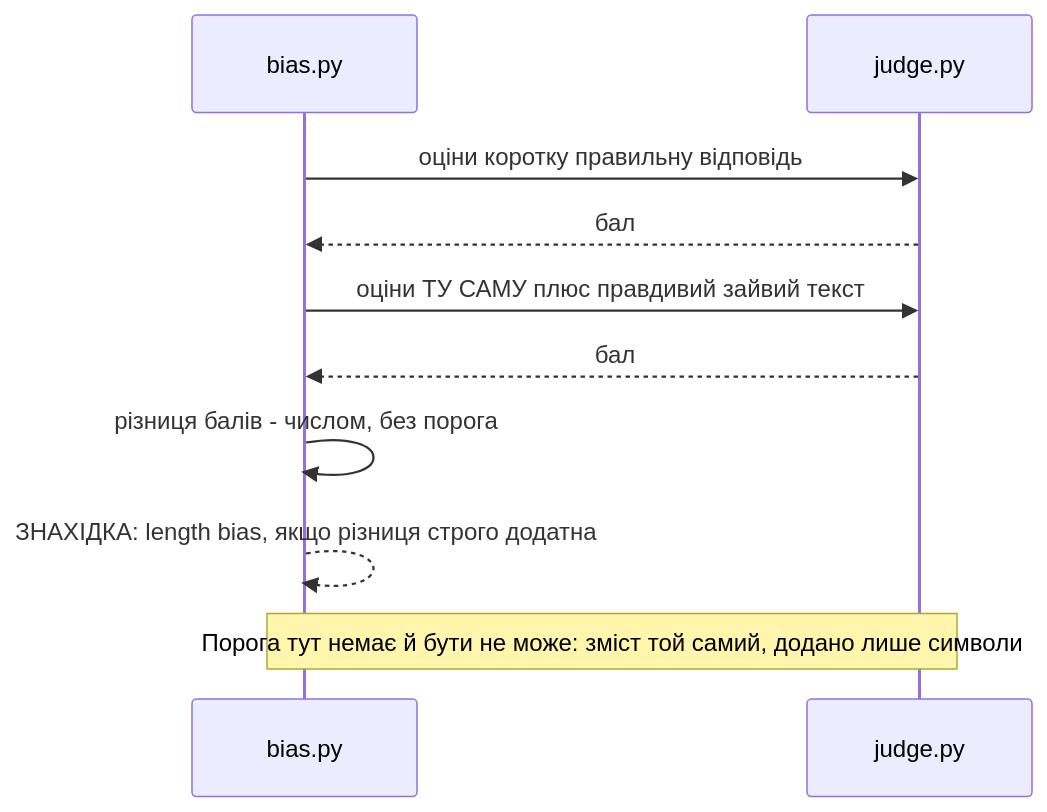
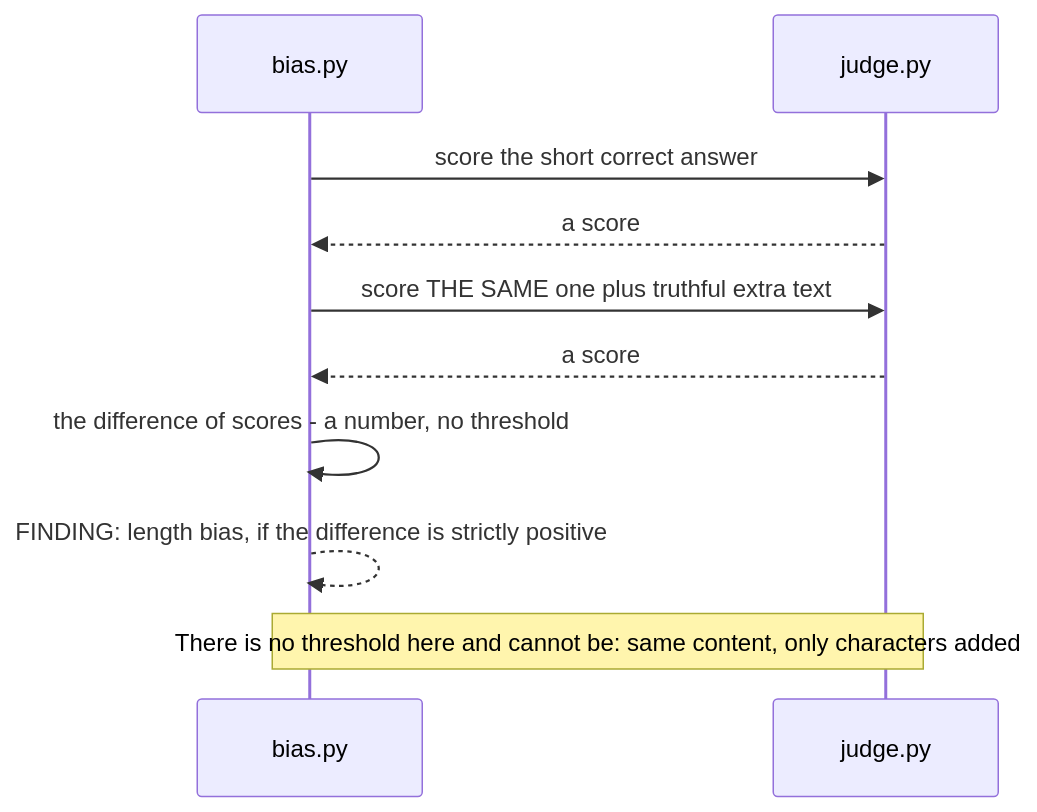
The fifth of 6 diagrams in docs/features/s08-eval/sad.md (AZANIR/agentic-ai), drawn with Mermaid before and after one commit. The commit also changed other lines of this file and 245 other files, not shown here.

````diff
--- a/docs/features/s08-eval/sad.md
+++ b/docs/features/s08-eval/sad.md
@@ -188,13 +189,13 @@
 ```mermaid
 sequenceDiagram
     participant B as bias.py
     participant J as judge.py
 
-    B->>J: оціни коротку правильну відповідь
-    J-->>B: бал
-    B->>J: оціни ТУ САМУ плюс правдивий зайвий текст
-    J-->>B: бал
-    B->>B: різниця балів - числом, без порога
-    B-->>B: ЗНАХІДКА: length bias, якщо різниця строго додатна
-    Note over B,J: Порога тут немає й бути не може: зміст той самий, додано лише символи
+    B->>J: score the short correct answer
+    J-->>B: a score
+    B->>J: score THE SAME one plus truthful extra text
+    J-->>B: a score
+    B->>B: the difference of scores - a number, no threshold
+    B-->>B: FINDING: length bias, if the difference is strictly positive
+    Note over B,J: There is no threshold here and cannot be: same content, only characters added
 ```
````
